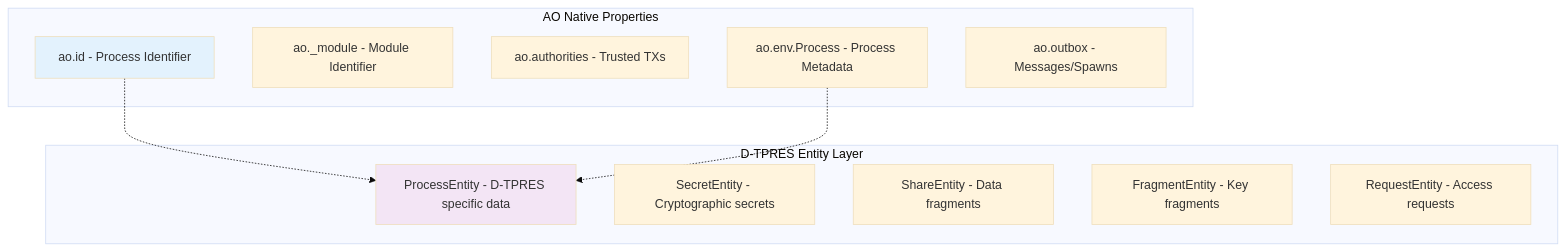
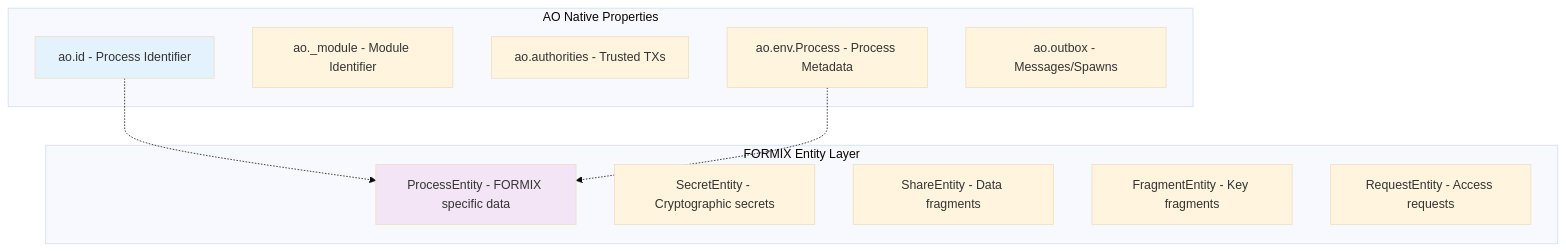
Before and after one commit to shodaimomiyama/D-TPRES: the first of 4 diagrams in discuss/ao_native_entity_repository_design.md, drawn with Mermaid (base theme). The commit also changed other lines of this file and 133 other files, not shown here.

First line of the commit message:
Rename D-TPRES to FORMIX across documentation and codebase

````diff
--- a/discuss/ao_native_entity_repository_design.md
+++ b/discuss/ao_native_entity_repository_design.md
@@ -25,24 +25,24 @@
 ```mermaid
 graph TB
     subgraph "AO Native Properties"
         A1[ao.id - Process Identifier]
         A2[ao._module - Module Identifier]
         A3[ao.authorities - Trusted TXs]
         A4[ao.env.Process - Process Metadata]
         A5[ao.outbox - Messages/Spawns]
     end
     
-    subgraph "D-TPRES Entity Layer"
-        B1[ProcessEntity - D-TPRES specific data]
+    subgraph "FORMIX Entity Layer"
+        B1[ProcessEntity - FORMIX specific data]
         B2[SecretEntity - Cryptographic secrets]
         B3[ShareEntity - Data fragments]
         B4[FragmentEntity - Key fragments]
         B5[RequestEntity - Access requests]
     end
     
     A1 -.-> B1
     A4 -.-> B1
     
     style A1 fill:#e3f2fd
     style B1 fill:#f3e5f5
 ```
````
